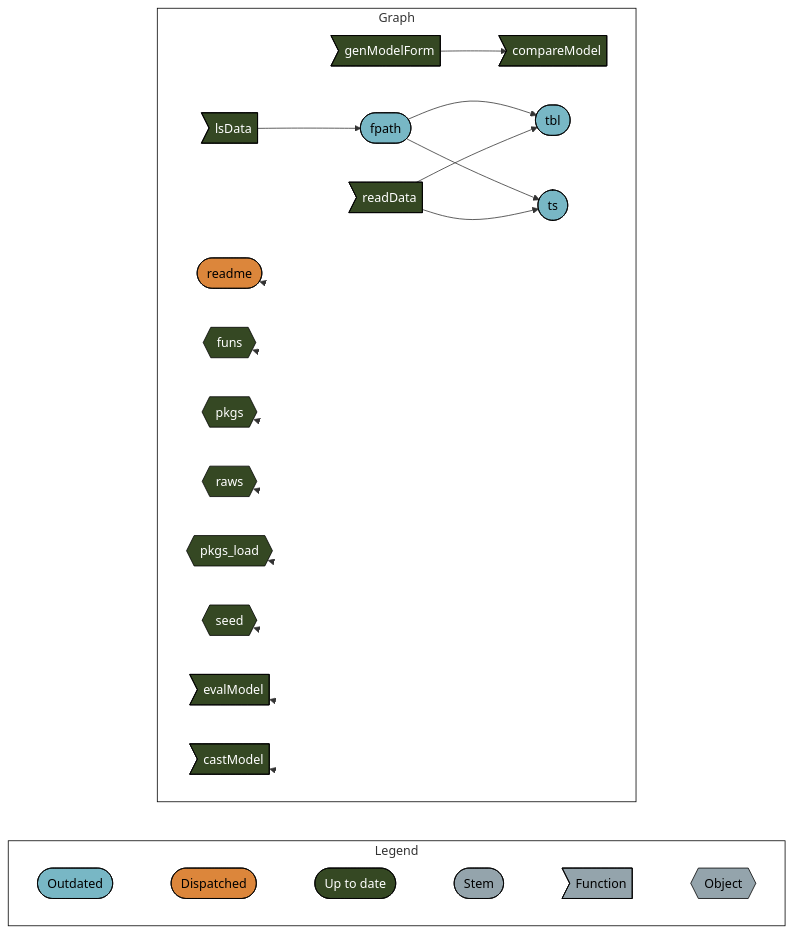
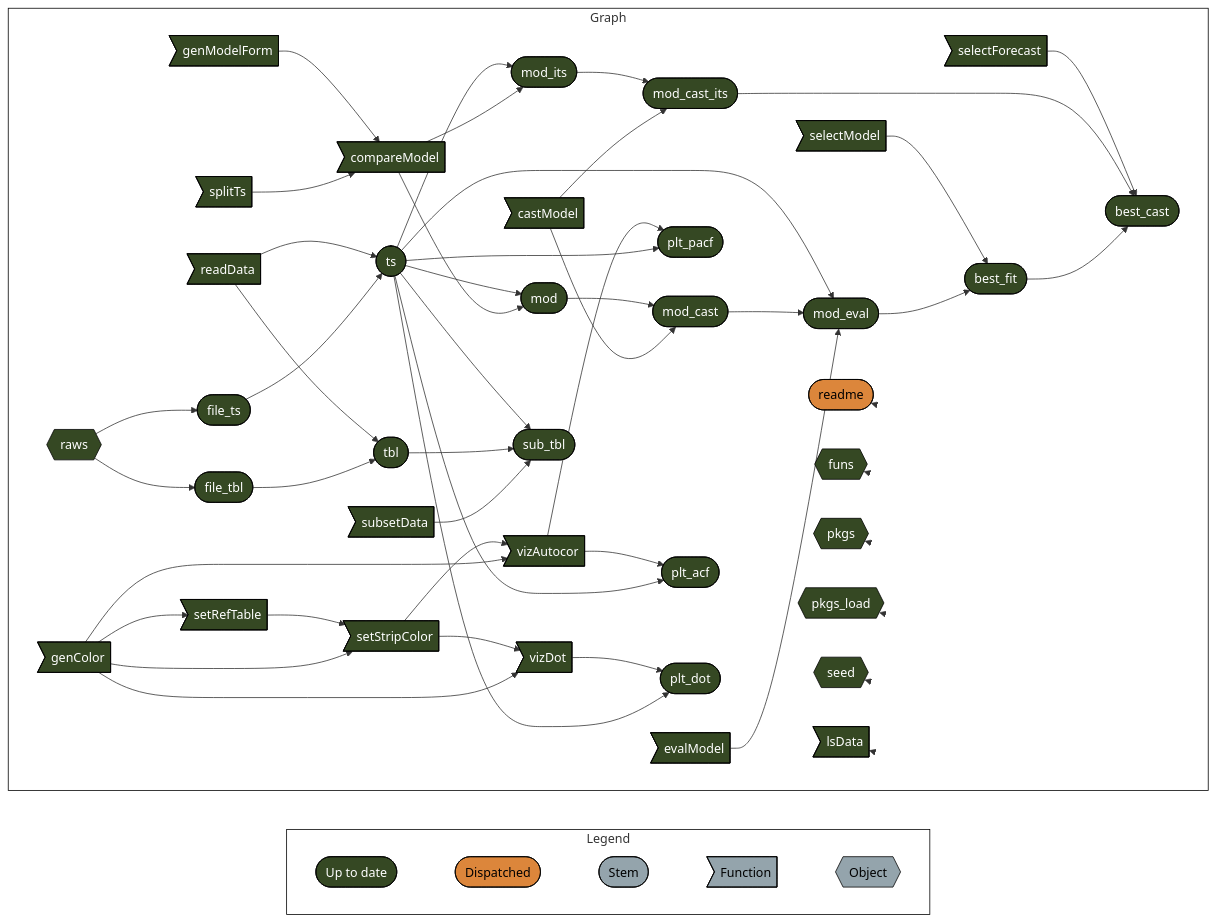
One commit to namakala/method-discrepancy-riskesdas changed the diagram in README.md. Above: the diagram before and after it, drawn with Mermaid. The commit also changed other lines of this file and 2 other files, not shown here.

Commit message:
Fit and select model to forecast data from 2019-2023 using GBD

````diff
--- a/README.md
+++ b/README.md
@@ -72,47 +68,74 @@
 ``` mermaid
 graph LR
   style Legend fill:#FFFFFF00,stroke:#000000;
   style Graph fill:#FFFFFF00,stroke:#000000;
   subgraph Legend
     direction LR
-    x2db1ec7a48f65a9b([""Outdated""]):::outdated --- xb6630624a7b3aa0f([""Dispatched""]):::dispatched
-    xb6630624a7b3aa0f([""Dispatched""]):::dispatched --- xf1522833a4d242c5([""Up to date""]):::uptodate
-    xf1522833a4d242c5([""Up to date""]):::uptodate --- xd03d7c7dd2ddda2b([""Stem""]):::none
+    xf1522833a4d242c5([""Up to date""]):::uptodate --- xb6630624a7b3aa0f([""Dispatched""]):::dispatched
+    xb6630624a7b3aa0f([""Dispatched""]):::dispatched --- xd03d7c7dd2ddda2b([""Stem""]):::none
     xd03d7c7dd2ddda2b([""Stem""]):::none --- xeb2d7cac8a1ce544>""Function""]:::none
     xeb2d7cac8a1ce544>""Function""]:::none --- xbecb13963f49e50b{{""Object""}}:::none
   end
   subgraph Graph
     direction LR
+    x9252423d64d713bd>"genColor"]:::uptodate --> xd24d44e5b9dcbfab>"setRefTable"]:::uptodate
+    x9252423d64d713bd>"genColor"]:::uptodate --> xe286972e47efcd5a>"setStripColor"]:::uptodate
+    x9252423d64d713bd>"genColor"]:::uptodate --> xb8b267aae822a938>"vizDot"]:::uptodate
+    x9252423d64d713bd>"genColor"]:::uptodate --> xa4ed09271e4b7e0c>"vizAutocor"]:::uptodate
+    xd24d44e5b9dcbfab>"setRefTable"]:::uptodate --> xe286972e47efcd5a>"setStripColor"]:::uptodate
+    xe286972e47efcd5a>"setStripColor"]:::uptodate --> xb8b267aae822a938>"vizDot"]:::uptodate
+    xe286972e47efcd5a>"setStripColor"]:::uptodate --> xa4ed09271e4b7e0c>"vizAutocor"]:::uptodate
+    x5cd0059b4a190559>"splitTs"]:::uptodate --> xacaa2b0b099a3bef>"compareModel"]:::uptodate
     x2cba9b87114d8cdd>"genModelForm"]:::uptodate --> xacaa2b0b099a3bef>"compareModel"]:::uptodate
-    xe58bddd751ff431b(["fpath"]):::outdated --> xb24e8ba9befc2f2c(["tbl"]):::outdated
-    x18b26034ab3a95e2>"readData"]:::uptodate --> xb24e8ba9befc2f2c(["tbl"]):::outdated
-    x3eac3c5af5491b67>"lsData"]:::uptodate --> xe58bddd751ff431b(["fpath"]):::outdated
-    xe58bddd751ff431b(["fpath"]):::outdated --> x69167921da2c5a4c(["ts"]):::outdated
-    x18b26034ab3a95e2>"readData"]:::uptodate --> x69167921da2c5a4c(["ts"]):::outdated
+    xa644072f7a1b7229>"castModel"]:::uptodate --> xee4f8d86dc7f5415(["mod_cast"]):::uptodate
+    xe177f97af32c2a84(["mod"]):::uptodate --> xee4f8d86dc7f5415(["mod_cast"]):::uptodate
+    x35b4e9316d9a0feb(["best_fit"]):::uptodate --> x03f2053ede238c51(["best_cast"]):::uptodate
+    xd5d9f89b36ce2fd3(["mod_cast_its"]):::uptodate --> x03f2053ede238c51(["best_cast"]):::uptodate
+    x16fdcdd8569d4e24>"selectForecast"]:::uptodate --> x03f2053ede238c51(["best_cast"]):::uptodate
+    xacaa2b0b099a3bef>"compareModel"]:::uptodate --> x310fe0d702765c29(["mod_its"]):::uptodate
+    x69167921da2c5a4c(["ts"]):::uptodate --> x310fe0d702765c29(["mod_its"]):::uptodate
+    x69167921da2c5a4c(["ts"]):::uptodate --> x674283d12376b53b(["plt_pacf"]):::uptodate
+    xa4ed09271e4b7e0c>"vizAutocor"]:::uptodate --> x674283d12376b53b(["plt_pacf"]):::uptodate
+    x1f6d76ea8940cecf{{"raws"}}:::uptodate --> xb82194ad1d3356df(["file_ts"]):::uptodate
+    x1f6d76ea8940cecf{{"raws"}}:::uptodate --> x6fba182254a20175(["file_tbl"]):::uptodate
+    x0e4824291d40911d(["mod_eval"]):::uptodate --> x35b4e9316d9a0feb(["best_fit"]):::uptodate
+    x1c4ab9118e3ea071>"selectModel"]:::uptodate --> x35b4e9316d9a0feb(["best_fit"]):::uptodate
+    x7b6a434a2a79ead8>"evalModel"]:::uptodate --> x0e4824291d40911d(["mod_eval"]):::uptodate
+    xee4f8d86dc7f5415(["mod_cast"]):::uptodate --> x0e4824291d40911d(["mod_eval"]):::uptodate
+    x69167921da2c5a4c(["ts"]):::uptodate --> x0e4824291d40911d(["mod_eval"]):::uptodate
+    x69167921da2c5a4c(["ts"]):::uptodate --> xc590316f7a9c8a5d(["plt_acf"]):::uptodate
+    xa4ed09271e4b7e0c>"vizAutocor"]:::uptodate --> xc590316f7a9c8a5d(["plt_acf"]):::uptodate
+    x6fba182254a20175(["file_tbl"]):::uptodate --> xb24e8ba9befc2f2c(["tbl"]):::uptodate
+    x18b26034ab3a95e2>"readData"]:::uptodate --> xb24e8ba9befc2f2c(["tbl"]):::uptodate
+    x69167921da2c5a4c(["ts"]):::uptodate --> x15da876e665e6188(["plt_dot"]):::uptodate
+    xb8b267aae822a938>"vizDot"]:::uptodate --> x15da876e665e6188(["plt_dot"]):::uptodate
+    xa644072f7a1b7229>"castModel"]:::uptodate --> xd5d9f89b36ce2fd3(["mod_cast_its"]):::uptodate
+    x310fe0d702765c29(["mod_its"]):::uptodate --> xd5d9f89b36ce2fd3(["mod_cast_its"]):::uptodate
+    xacaa2b0b099a3bef>"compareModel"]:::uptodate --> xe177f97af32c2a84(["mod"]):::uptodate
+    x69167921da2c5a4c(["ts"]):::uptodate --> xe177f97af32c2a84(["mod"]):::uptodate
+    xd7e58f14e419de9c>"subsetData"]:::uptodate --> xace8ed3b55f17498(["sub_tbl"]):::uptodate
+    xb24e8ba9befc2f2c(["tbl"]):::uptodate --> xace8ed3b55f17498(["sub_tbl"]):::uptodate
+    x69167921da2c5a4c(["ts"]):::uptodate --> xace8ed3b55f17498(["sub_tbl"]):::uptodate
+    xb82194ad1d3356df(["file_ts"]):::uptodate --> x69167921da2c5a4c(["ts"]):::uptodate
+    x18b26034ab3a95e2>"readData"]:::uptodate --> x69167921da2c5a4c(["ts"]):::uptodate
     xc11069275cfeb620(["readme"]):::dispatched --> xc11069275cfeb620(["readme"]):::dispatched
     x07bf962581a33ad1{{"funs"}}:::uptodate --> x07bf962581a33ad1{{"funs"}}:::uptodate
     x2f12837377761a1b{{"pkgs"}}:::uptodate --> x2f12837377761a1b{{"pkgs"}}:::uptodate
-    x1f6d76ea8940cecf{{"raws"}}:::uptodate --> x1f6d76ea8940cecf{{"raws"}}:::uptodate
     x026e3308cd8be8b9{{"pkgs_load"}}:::uptodate --> x026e3308cd8be8b9{{"pkgs_load"}}:::uptodate
     x4d3ec24f81457d7f{{"seed"}}:::uptodate --> x4d3ec24f81457d7f{{"seed"}}:::uptodate
-    x7b6a434a2a79ead8>"evalModel"]:::uptodate --> x7b6a434a2a79ead8>"evalModel"]:::uptodate
-    xa644072f7a1b7229>"castModel"]:::uptodate --> xa644072f7a1b7229>"castModel"]:::uptodate
+    x3eac3c5af5491b67>"lsData"]:::uptodate --> x3eac3c5af5491b67>"lsData"]:::uptodate
   end
-  classDef outdated stroke:#000000,color:#000000,fill:#78B7C5;
+  classDef uptodate stroke:#000000,color:#ffffff,fill:#354823;
   classDef dispatched stroke:#000000,color:#000000,fill:#DC863B;
-  classDef uptodate stroke:#000000,color:#ffffff,fill:#354823;
   classDef none stroke:#000000,color:#000000,fill:#94a4ac;
   linkStyle 0 stroke-width:0px;
   linkStyle 1 stroke-width:0px;
   linkStyle 2 stroke-width:0px;
   linkStyle 3 stroke-width:0px;
-  linkStyle 4 stroke-width:0px;
-  linkStyle 11 stroke-width:0px;
-  linkStyle 12 stroke-width:0px;
-  linkStyle 13 stroke-width:0px;
-  linkStyle 14 stroke-width:0px;
-  linkStyle 15 stroke-width:0px;
-  linkStyle 16 stroke-width:0px;
-  linkStyle 17 stroke-width:0px;
-  linkStyle 18 stroke-width:0px;
+  linkStyle 44 stroke-width:0px;
+  linkStyle 45 stroke-width:0px;
+  linkStyle 46 stroke-width:0px;
+  linkStyle 47 stroke-width:0px;
+  linkStyle 48 stroke-width:0px;
+  linkStyle 49 stroke-width:0px;
 ```
````
